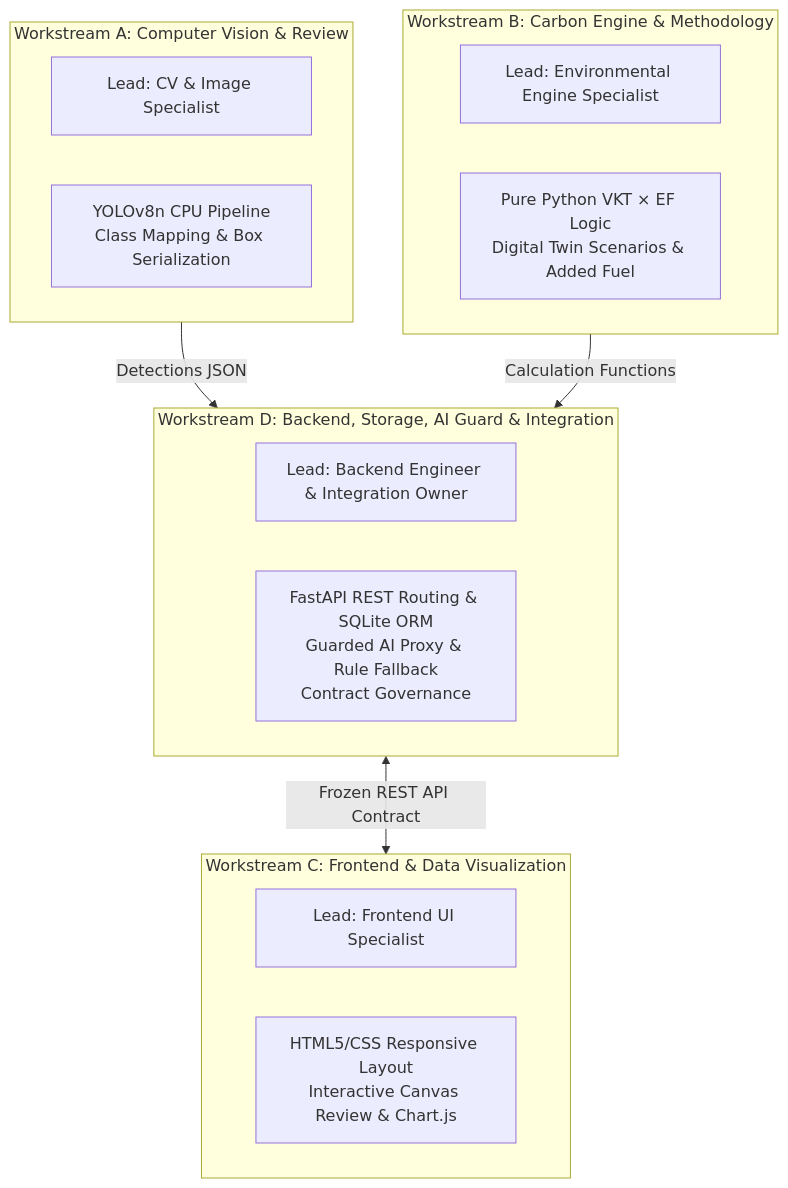
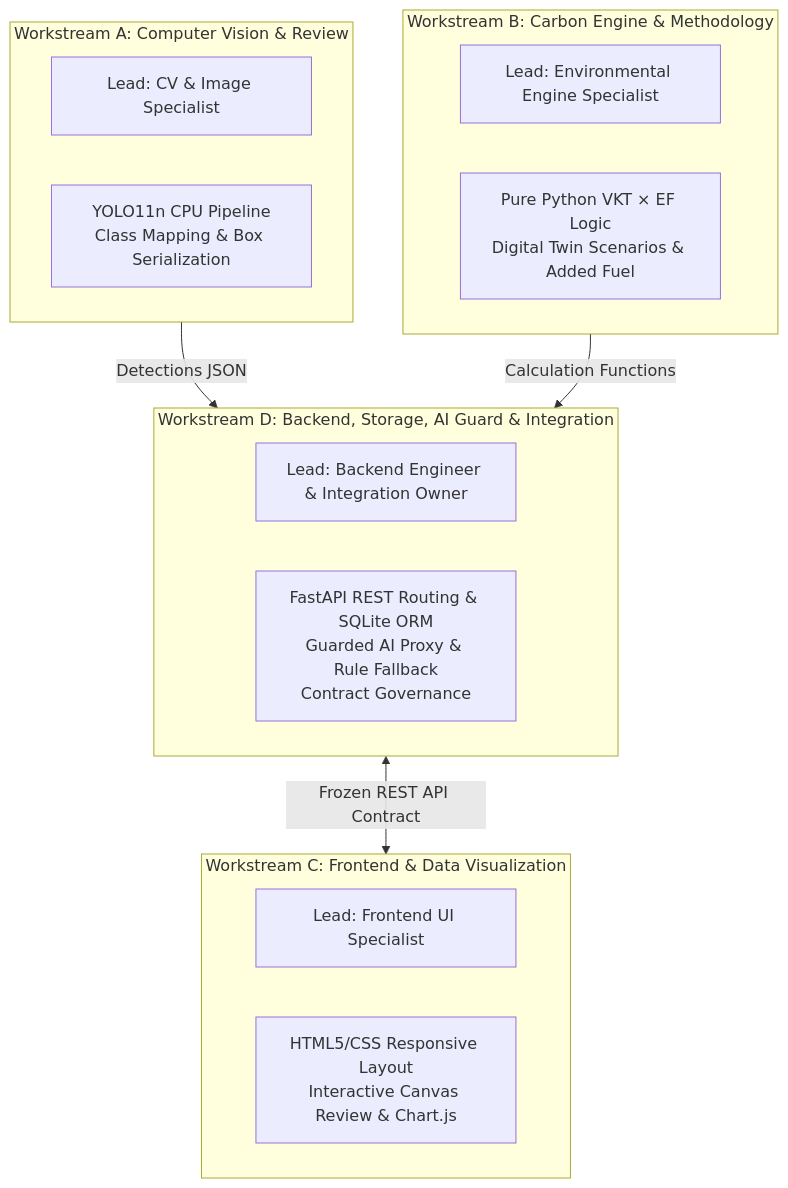
The first of 2 diagrams in TraceTwin_Documentation/EXECUTION_PLAN.md (ManojR-cs/CarboSync), drawn with Mermaid before and after one commit. The commit also changed other lines of this file and 10 other files, not shown here.

````diff
--- a/TraceTwin_Documentation/EXECUTION_PLAN.md
+++ b/TraceTwin_Documentation/EXECUTION_PLAN.md
@@ -24,26 +24,26 @@
 ```mermaid
 graph TD
     subgraph StreamA [Workstream A: Computer Vision & Review]
         RoleA[Lead: CV & Image Specialist]
-        TaskA[YOLOv8n CPU Pipeline<br>Class Mapping & Box Serialization]
+        TaskA[YOLO11n CPU Pipeline<br>Class Mapping & Box Serialization]
     end
 
     subgraph StreamB [Workstream B: Carbon Engine & Methodology]
         RoleB[Lead: Environmental Engine Specialist]
         TaskB[Pure Python VKT × EF Logic<br>Digital Twin Scenarios & Added Fuel]
     end
 
     subgraph StreamC [Workstream C: Frontend & Data Visualization]
         RoleC[Lead: Frontend UI Specialist]
         TaskC[HTML5/CSS Responsive Layout<br>Interactive Canvas Review & Chart.js]
     end
 
     subgraph StreamD [Workstream D: Backend, Storage, AI Guard & Integration]
         RoleD[Lead: Backend Engineer & Integration Owner]
         TaskD[FastAPI REST Routing & SQLite ORM<br>Guarded AI Proxy & Rule Fallback<br>Contract Governance]
     end
 
     StreamA -->|Detections JSON| StreamD
     StreamB -->|Calculation Functions| StreamD
     StreamD <-->|Frozen REST API Contract| StreamC
 ```
````
